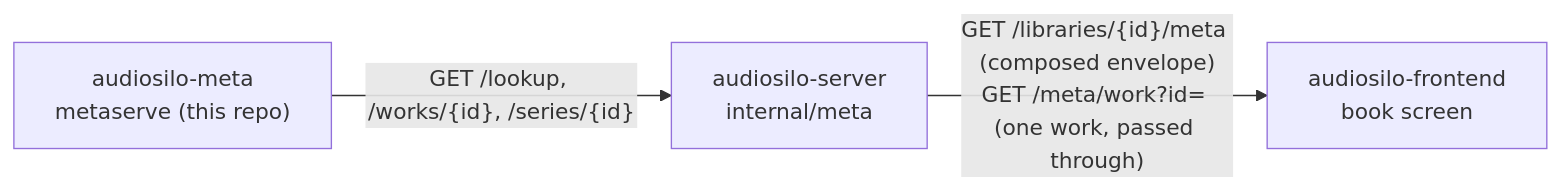
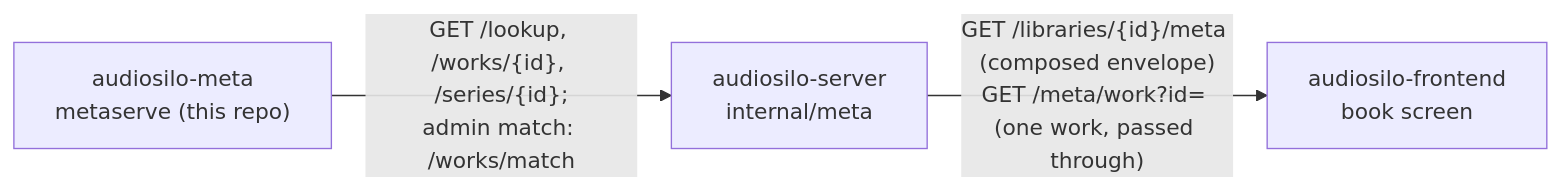
Before and after one commit to KodeStar/audiosilo-docs: the diagram in docs-developers/meta/overview.md, drawn with Mermaid. The commit also changed 15 other files, not shown here.

````diff
--- a/docs-developers/meta/overview.md
+++ b/docs-developers/meta/overview.md
@@ -224,8 +224,8 @@
 ```mermaid
 flowchart LR
     meta["audiosilo-meta<br/>metaserve (this repo)"]
     srv["audiosilo-server<br/>internal/meta"]
     player["audiosilo-frontend<br/>book screen"]
-    meta -->|"GET /lookup, /works/{id}, /series/{id}"| srv
+    meta -->|"GET /lookup, /works/{id}, /series/{id};<br/>admin match: /works/match"| srv
     srv -->|"GET /libraries/{id}/meta (composed envelope)<br/>GET /meta/work?id= (one work, passed through)"| player
 ```
````
